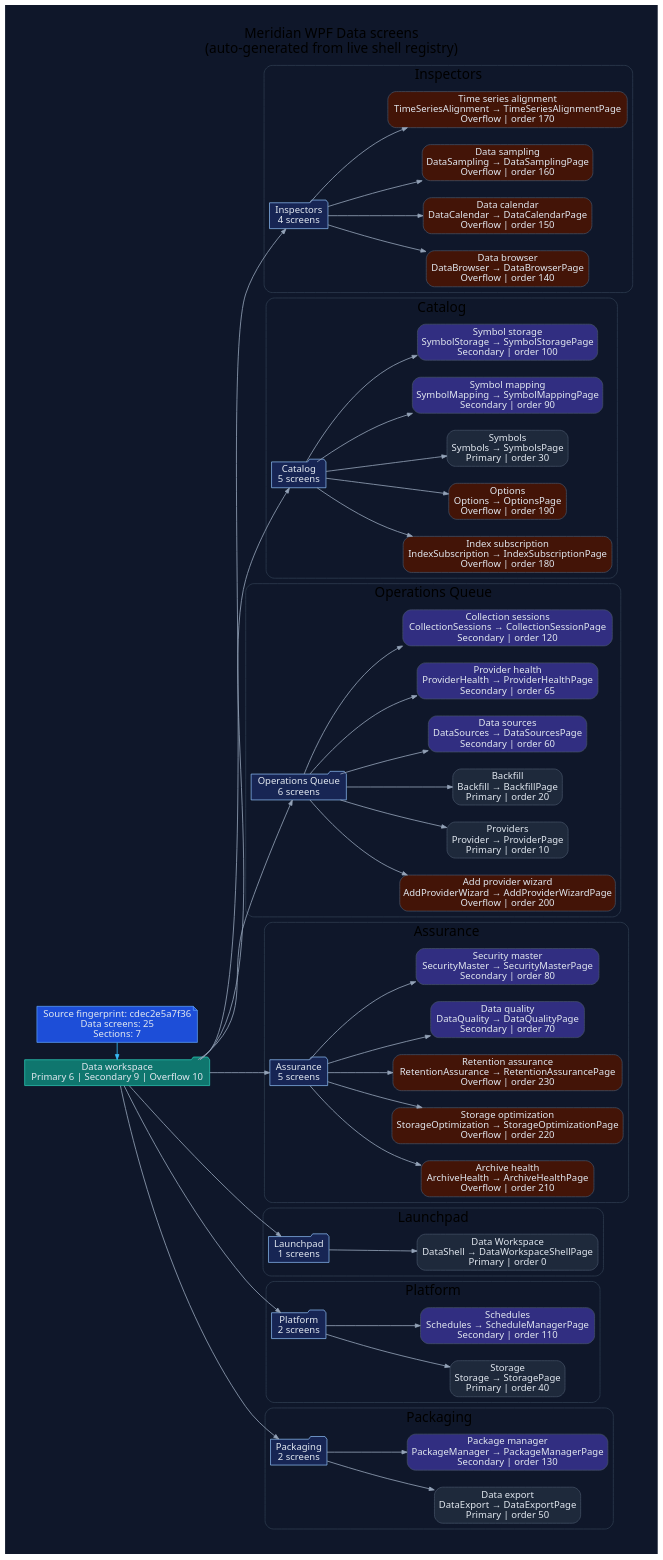
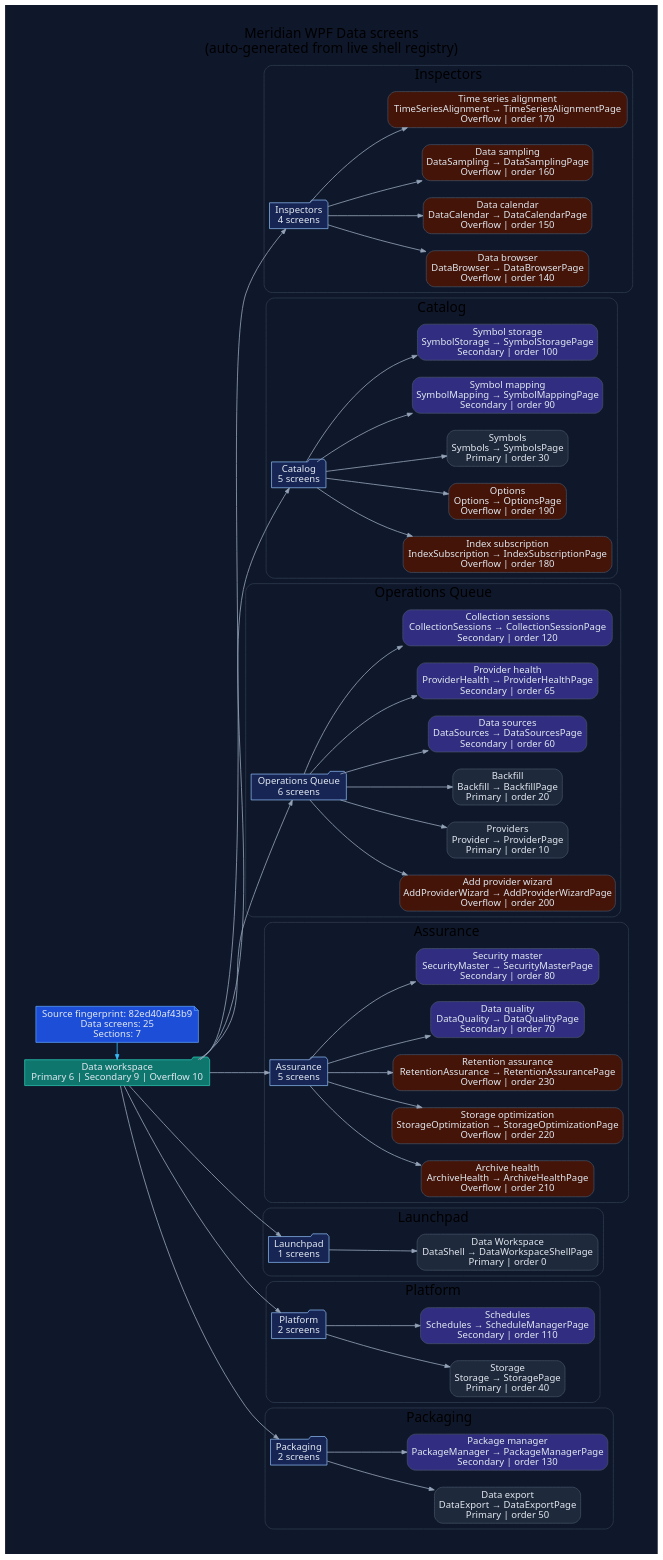
One commit to rodoHasArrived/Meridian-main changed the diagram in docs/diagrams/ui/ui-wpf-screens-data.dot. Above: the diagram before and after it, drawn with Graphviz. The commit also changed 49 other files, not shown here.

Commit message:
Refresh generated API coverage and workstation diagrams

```diff
--- a/docs/diagrams/ui/ui-wpf-screens-data.dot
+++ b/docs/diagrams/ui/ui-wpf-screens-data.dot
@@ -1,132 +1,132 @@
 // -----------------------------------------------------------------------------
 // <auto-generated>
 // Generated by scripts/generate-diagrams.mjs.
 // Do not edit this file directly; update the WPF source files instead.
 // -----------------------------------------------------------------------------
 digraph WpfDataScreens {
   graph [
     rankdir=LR,
     labelloc=t,
     label="Meridian WPF Data screens\n(auto-generated from live shell registry)",
     fontname="Segoe UI",
     fontsize=20,
     pad=0.4,
     nodesep=0.35,
     ranksep=0.85,
     bgcolor="#0f172a"
   ];
   node [fontname="Segoe UI", shape=box, style="rounded,filled", color="#475569", fontcolor="#e2e8f0", fillcolor="#1e293b"];
   edge [fontname="Segoe UI", color="#94a3b8", penwidth=1.2, arrowsize=0.75];
 
-  generated [shape=note, fillcolor="#1d4ed8", color="#60a5fa", label="Source fingerprint: cdec2e5a7f36\nData screens: 25\nSections: 7"];
+  generated [shape=note, fillcolor="#1d4ed8", color="#60a5fa", label="Source fingerprint: 82ed40af43b9\nData screens: 25\nSections: 7"];
   workspace [shape=folder, fillcolor="#0f766e", color="#2dd4bf", label="Data workspace\nPrimary 6 | Secondary 9 | Overflow 10"];
   generated -> workspace [color="#38bdf8"];
 
   subgraph cluster_section_1 {
     label="Inspectors";
     color="#334155";
     style="rounded";
     section_1 [shape=folder, fillcolor="#172554", color="#93c5fd", label="Inspectors\n4 screens"];
     workspace -> section_1;
     screen_DataBrowser [fillcolor="#431407", label="Data browser\nDataBrowser → DataBrowserPage\nOverflow | order 140"];
     section_1 -> screen_DataBrowser;
     screen_DataCalendar [fillcolor="#431407", label="Data calendar\nDataCalendar → DataCalendarPage\nOverflow | order 150"];
     section_1 -> screen_DataCalendar;
     screen_DataSampling [fillcolor="#431407", label="Data sampling\nDataSampling → DataSamplingPage\nOverflow | order 160"];
     section_1 -> screen_DataSampling;
     screen_TimeSeriesAlignment [fillcolor="#431407", label="Time series alignment\nTimeSeriesAlignment → TimeSeriesAlignmentPage\nOverflow | order 170"];
     section_1 -> screen_TimeSeriesAlignment;
   }
 
   subgraph cluster_section_2 {
     label="Catalog";
     color="#334155";
     style="rounded";
     section_2 [shape=folder, fillcolor="#172554", color="#93c5fd", label="Catalog\n5 screens"];
     workspace -> section_2;
     screen_IndexSubscription [fillcolor="#431407", label="Index subscription\nIndexSubscription → IndexSubscriptionPage\nOverflow | order 180"];
     section_2 -> screen_IndexSubscription;
     screen_Options [fillcolor="#431407", label="Options\nOptions → OptionsPage\nOverflow | order 190"];
     section_2 -> screen_Options;
     screen_Symbols [fillcolor="#1e293b", label="Symbols\nSymbols → SymbolsPage\nPrimary | order 30"];
     section_2 -> screen_Symbols;
     screen_SymbolMapping [fillcolor="#312e81", label="Symbol mapping\nSymbolMapping → SymbolMappingPage\nSecondary | order 90"];
     section_2 -> screen_SymbolMapping;
     screen_SymbolStorage [fillcolor="#312e81", label="Symbol storage\nSymbolStorage → SymbolStoragePage\nSecondary | order 100"];
     section_2 -> screen_SymbolStorage;
   }
 
   subgraph cluster_section_3 {
     label="Operations Queue";
     color="#334155";
     style="rounded";
     section_3 [shape=folder, fillcolor="#172554", color="#93c5fd", label="Operations Queue\n6 screens"];
     workspace -> section_3;
     screen_AddProviderWizard [fillcolor="#431407", label="Add provider wizard\nAddProviderWizard → AddProviderWizardPage\nOverflow | order 200"];
     section_3 -> screen_AddProviderWizard;
     screen_Provider [fillcolor="#1e293b", label="Providers\nProvider → ProviderPage\nPrimary | order 10"];
     section_3 -> screen_Provider;
     screen_Backfill [fillcolor="#1e293b", label="Backfill\nBackfill → BackfillPage\nPrimary | order 20"];
     section_3 -> screen_Backfill;
     screen_DataSources [fillcolor="#312e81", label="Data sources\nDataSources → DataSourcesPage\nSecondary | order 60"];
     section_3 -> screen_DataSources;
     screen_ProviderHealth [fillcolor="#312e81", label="Provider health\nProviderHealth → ProviderHealthPage\nSecondary | order 65"];
     section_3 -> screen_ProviderHealth;
     screen_CollectionSessions [fillcolor="#312e81", label="Collection sessions\nCollectionSessions → CollectionSessionPage\nSecondary | order 120"];
     section_3 -> screen_CollectionSessions;
   }
 
   subgraph cluster_section_4 {
     label="Assurance";
     color="#334155";
     style="rounded";
     section_4 [shape=folder, fillcolor="#172554", color="#93c5fd", label="Assurance\n5 screens"];
     workspace -> section_4;
     screen_ArchiveHealth [fillcolor="#431407", label="Archive health\nArchiveHealth → ArchiveHealthPage\nOverflow | order 210"];
     section_4 -> screen_ArchiveHealth;
     screen_StorageOptimization [fillcolor="#431407", label="Storage optimization\nStorageOptimization → StorageOptimizationPage\nOverflow | order 220"];
     section_4 -> screen_StorageOptimization;
     screen_RetentionAssurance [fillcolor="#431407", label="Retention assurance\nRetentionAssurance → RetentionAssurancePage\nOverflow | order 230"];
     section_4 -> screen_RetentionAssurance;
     screen_DataQuality [fillcolor="#312e81", label="Data quality\nDataQuality → DataQualityPage\nSecondary | order 70"];
     section_4 -> screen_DataQuality;
     screen_SecurityMaster [fillcolor="#312e81", label="Security master\nSecurityMaster → SecurityMasterPage\nSecondary | order 80"];
     section_4 -> screen_SecurityMaster;
   }
 
   subgraph cluster_section_5 {
     label="Launchpad";
     color="#334155";
     style="rounded";
     section_5 [shape=folder, fillcolor="#172554", color="#93c5fd", label="Launchpad\n1 screens"];
     workspace -> section_5;
     screen_DataShell [fillcolor="#1e293b", label="Data Workspace\nDataShell → DataWorkspaceShellPage\nPrimary | order 0"];
     section_5 -> screen_DataShell;
   }
 
   subgraph cluster_section_6 {
     label="Platform";
     color="#334155";
     style="rounded";
     section_6 [shape=folder, fillcolor="#172554", color="#93c5fd", label="Platform\n2 screens"];
     workspace -> section_6;
     screen_Storage [fillcolor="#1e293b", label="Storage\nStorage → StoragePage\nPrimary | order 40"];
     section_6 -> screen_Storage;
     screen_Schedules [fillcolor="#312e81", label="Schedules\nSchedules → ScheduleManagerPage\nSecondary | order 110"];
     section_6 -> screen_Schedules;
   }
 
   subgraph cluster_section_7 {
     label="Packaging";
     color="#334155";
     style="rounded";
     section_7 [shape=folder, fillcolor="#172554", color="#93c5fd", label="Packaging\n2 screens"];
     workspace -> section_7;
     screen_DataExport [fillcolor="#1e293b", label="Data export\nDataExport → DataExportPage\nPrimary | order 50"];
     section_7 -> screen_DataExport;
     screen_PackageManager [fillcolor="#312e81", label="Package manager\nPackageManager → PackageManagerPage\nSecondary | order 130"];
     section_7 -> screen_PackageManager;
   }
 
   { rank=min; generated; workspace; }
 }
```
